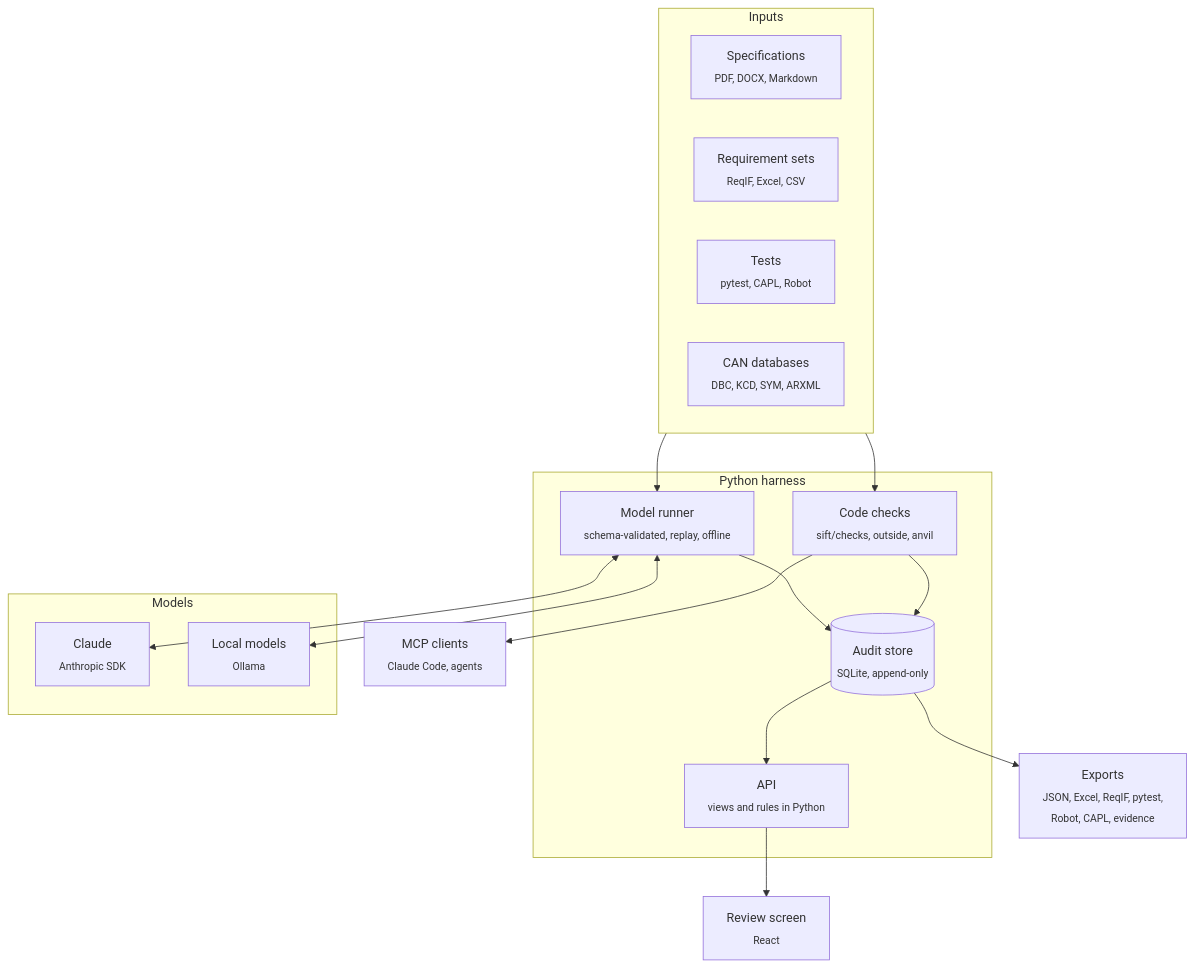
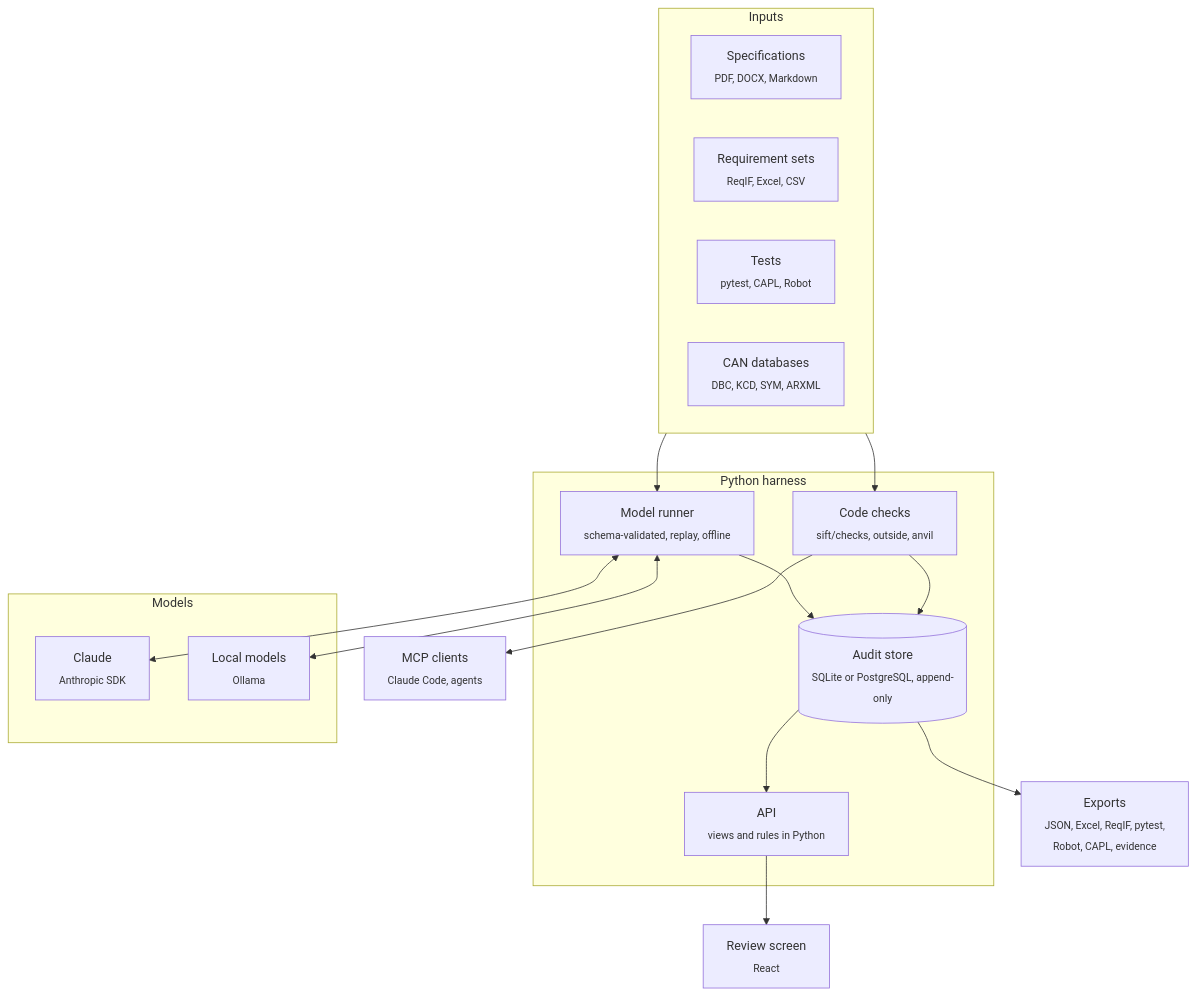
The diagram in docs/wiki/Architecture.md (tomxander/zyn), drawn with Mermaid before and after one commit. The commit also changed other lines of this file and 126 other files, not shown here.

````diff
--- a/docs/wiki/Architecture.md
+++ b/docs/wiki/Architecture.md
@@ -3,32 +3,32 @@
 ```mermaid
 flowchart TB
     subgraph Inputs
         S["Specifications<br/><sub>PDF, DOCX, Markdown</sub>"]
         R["Requirement sets<br/><sub>ReqIF, Excel, CSV</sub>"]
         T["Tests<br/><sub>pytest, CAPL, Robot</sub>"]
         D["CAN databases<br/><sub>DBC, KCD, SYM, ARXML</sub>"]
     end
     subgraph Harness["Python harness"]
         M["Model runner<br/><sub>schema-validated, replay, offline</sub>"]
         C["Code checks<br/><sub>sift/checks, outside, anvil</sub>"]
-        A[("Audit store<br/><sub>SQLite, append-only</sub>")]
+        A[("Audit store<br/><sub>SQLite or PostgreSQL, append-only</sub>")]
         API["API<br/><sub>views and rules in Python</sub>"]
     end
     subgraph Models
         Cl["Claude<br/><sub>Anthropic SDK</sub>"]
         Ol["Local models<br/><sub>Ollama</sub>"]
     end
     UI["Review screen<br/><sub>React</sub>"]
     MCP["MCP clients<br/><sub>Claude Code, agents</sub>"]
     X["Exports<br/><sub>JSON, Excel, ReqIF, pytest,<br/>Robot, CAPL, evidence</sub>"]
 
     Inputs --> C
     Inputs --> M
     M <--> Cl
     M <--> Ol
     M --> A
     C --> A
     A --> API --> UI
     C --> MCP
     A --> X
 ```
````
